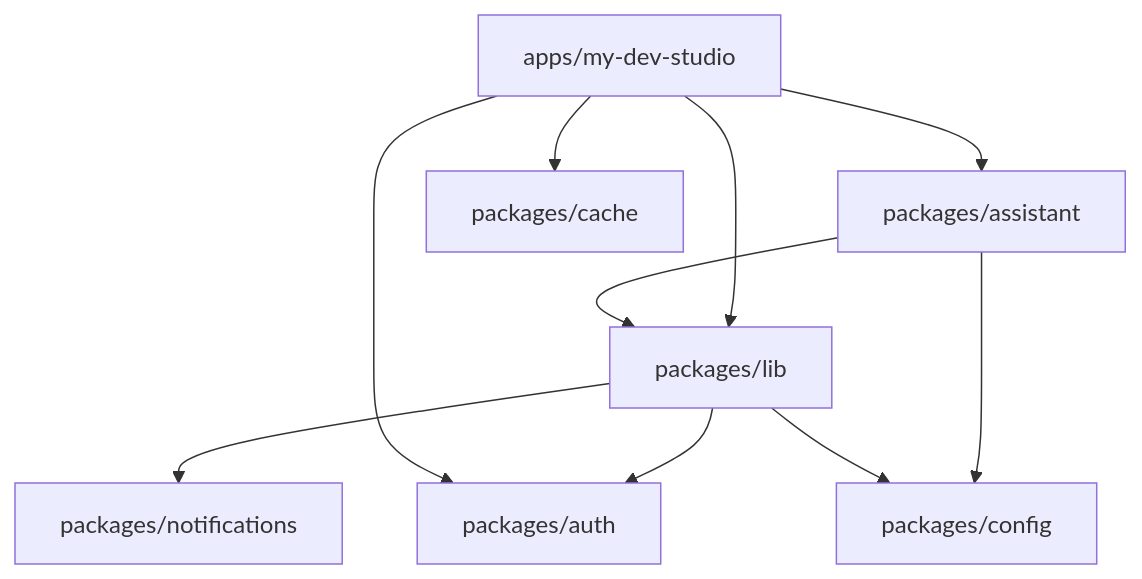
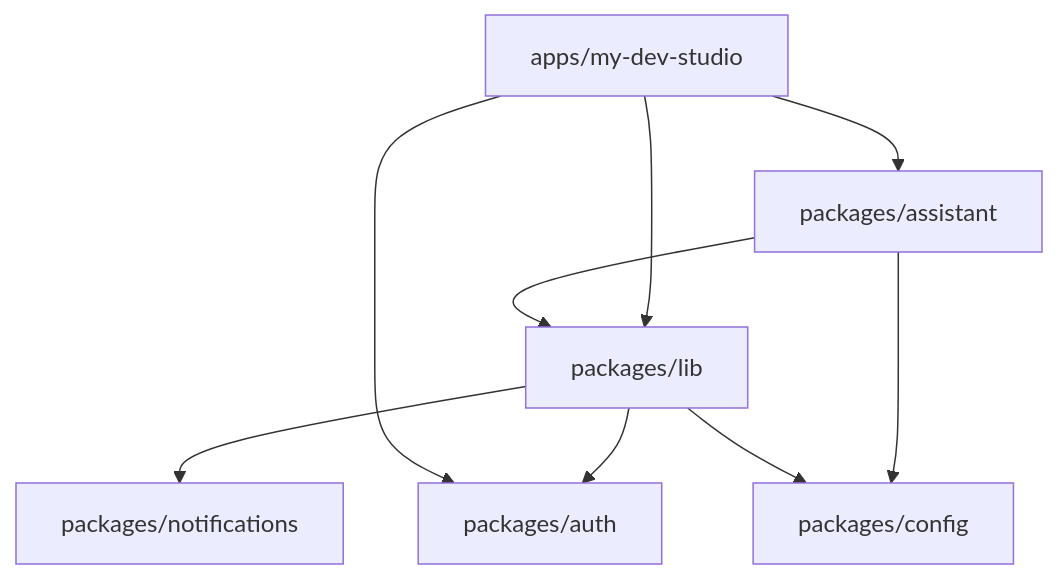
Before and after one commit to yusufyilmz/devhub-showcase: the third of 6 diagrams in docs/architecture.md, drawn with Mermaid. The commit also changed other lines of this file and 12 other files, not shown here.

````diff
--- a/docs/architecture.md
+++ b/docs/architecture.md
@@ -61,12 +61,11 @@
 ```mermaid
 flowchart TD
   App["apps/my-dev-studio"] --> Assistant["packages/assistant"]
   App --> Services["packages/lib"]
   Assistant --> Services
   Services --> Notifications["packages/notifications"]
   Services --> Auth
   App --> Auth["packages/auth"]
-  App --> Cache["packages/cache"]
   Assistant --> Config["packages/config"]
   Services --> Config
 ```
````
